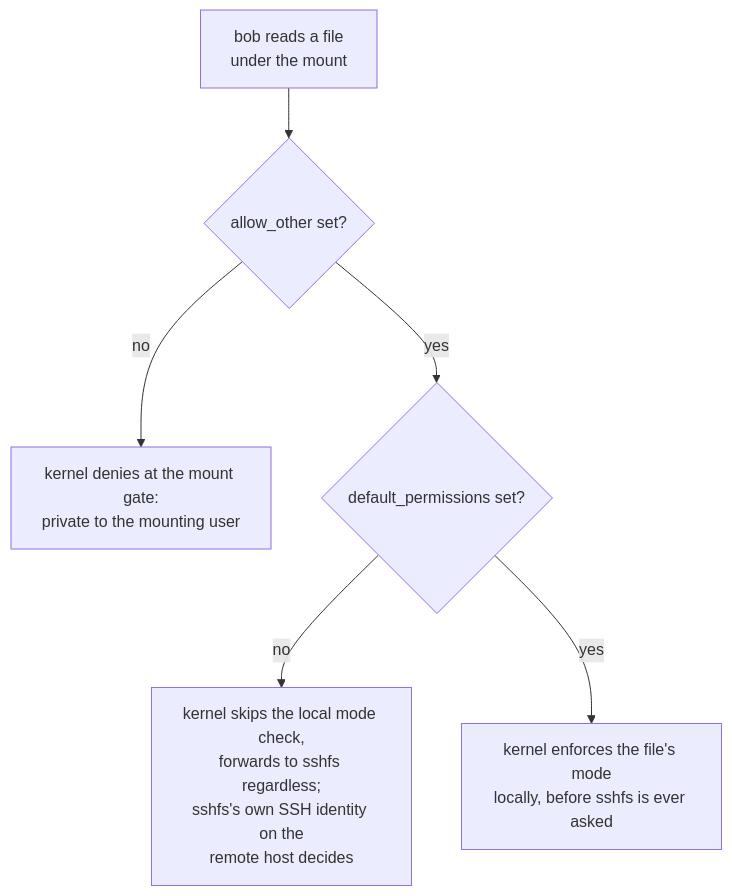
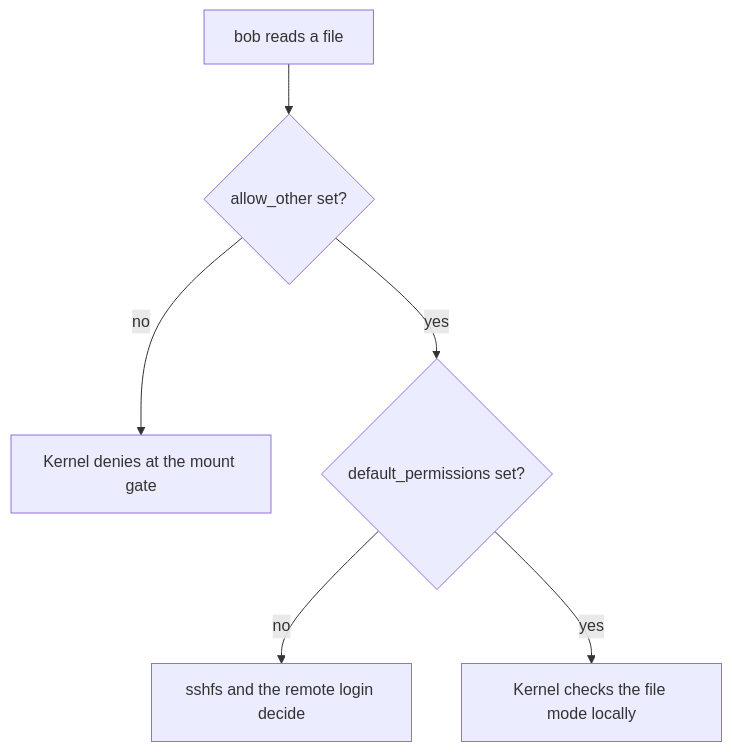
Before and after one commit to astrona-io/ATS004: the diagram in sections/section-020/module-01/course-02-performance-sharing-and-unmounting.md, drawn with Mermaid. The commit also changed other lines of this file and 287 other files, not shown here.

````diff
--- a/sections/section-020/module-01/course-02-performance-sharing-and-unmounting.md
+++ b/sections/section-020/module-01/course-02-performance-sharing-and-unmounting.md
@@ -50,8 +49,8 @@
 ```mermaid
-flowchart TD
-    Req["bob reads a file<br/>under the mount"] --> Q1{"allow_other set?"}
-    Q1 -->|no| Deny["kernel denies at the mount gate:<br/>private to the mounting user"]
-    Q1 -->|yes| Q2{"default_permissions set?"}
-    Q2 -->|no| Remote["kernel skips the local mode check,<br/>forwards to sshfs regardless;<br/>sshfs's own SSH identity on the<br/>remote host decides"]
-    Q2 -->|yes| Local["kernel enforces the file's mode<br/>locally, before sshfs is ever asked"]
+flowchart TB
+    Req["bob reads a file"] --> Q1{"allow_other set?"}
+    Q1 -->|"no"| Deny["Kernel denies at the mount gate"]
+    Q1 -->|"yes"| Q2{"default_permissions set?"}
+    Q2 -->|"no"| Remote["sshfs and the remote login decide"]
+    Q2 -->|"yes"| Local["Kernel checks the file mode locally"]
 ```
````
